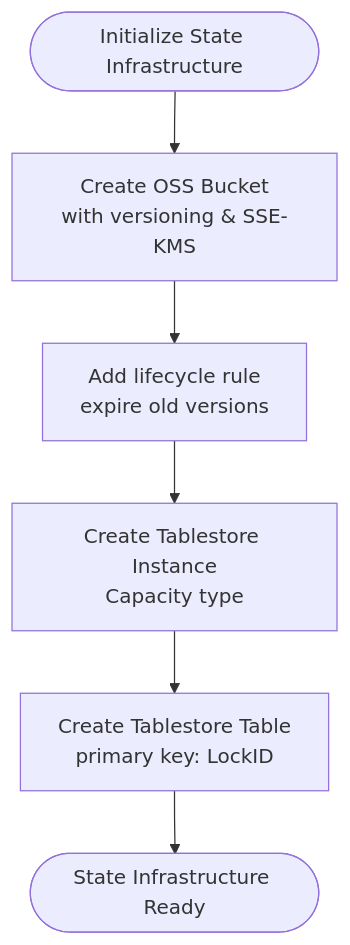
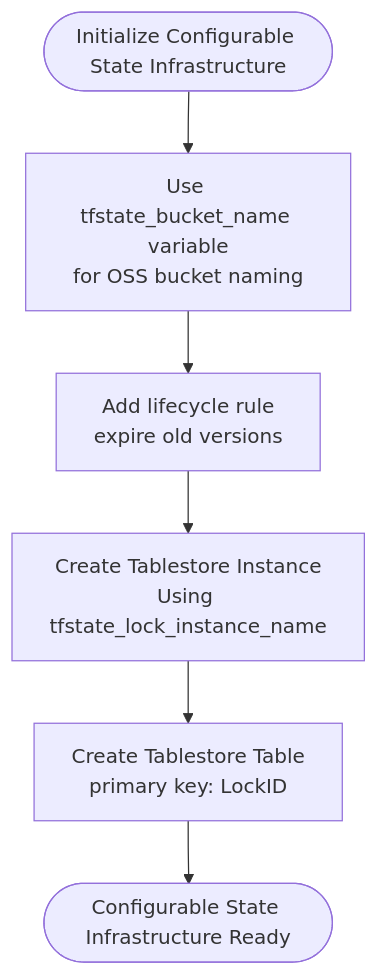
One commit to AlibabaCloudLandingZone/alibabacloud-landingzone-accelerator-github-demo changed the sixth of 9 diagrams in .qoder/repowiki/en/content/Bootstrap Infrastructure/CI_CD Foundation.md. Above: the diagram before and after it, drawn with Mermaid. The commit also changed other lines of this file and 34 other files, not shown here.

````diff
--- a/.qoder/repowiki/en/content/Bootstrap Infrastructure/CI_CD Foundation.md
+++ b/.qoder/repowiki/en/content/Bootstrap Infrastructure/CI_CD Foundation.md
@@ -226,8 +280,8 @@
 ```mermaid
 flowchart TD
-Start(["Initialize State Infrastructure"]) --> Bucket["Create OSS Bucket<br/>with versioning & SSE-KMS"]
-Bucket --> Lifecycle["Add lifecycle rule<br/>expire old versions"]
-Lifecycle --> OTSInstance["Create Tablestore Instance<br/>Capacity type"]
+Start(["Initialize Configurable State Infrastructure"]) --> BucketName["Use tfstate_bucket_name variable<br/>for OSS bucket naming"]
+BucketName --> Lifecycle["Add lifecycle rule<br/>expire old versions"]
+Lifecycle --> OTSInstance["Create Tablestore Instance<br/>Using tfstate_lock_instance_name"]
 OTSInstance --> OTSTable["Create Tablestore Table<br/>primary key: LockID"]
-OTSTable --> Ready(["State Infrastructure Ready"])
+OTSTable --> Ready(["Configurable State Infrastructure Ready"])
 ```
````
